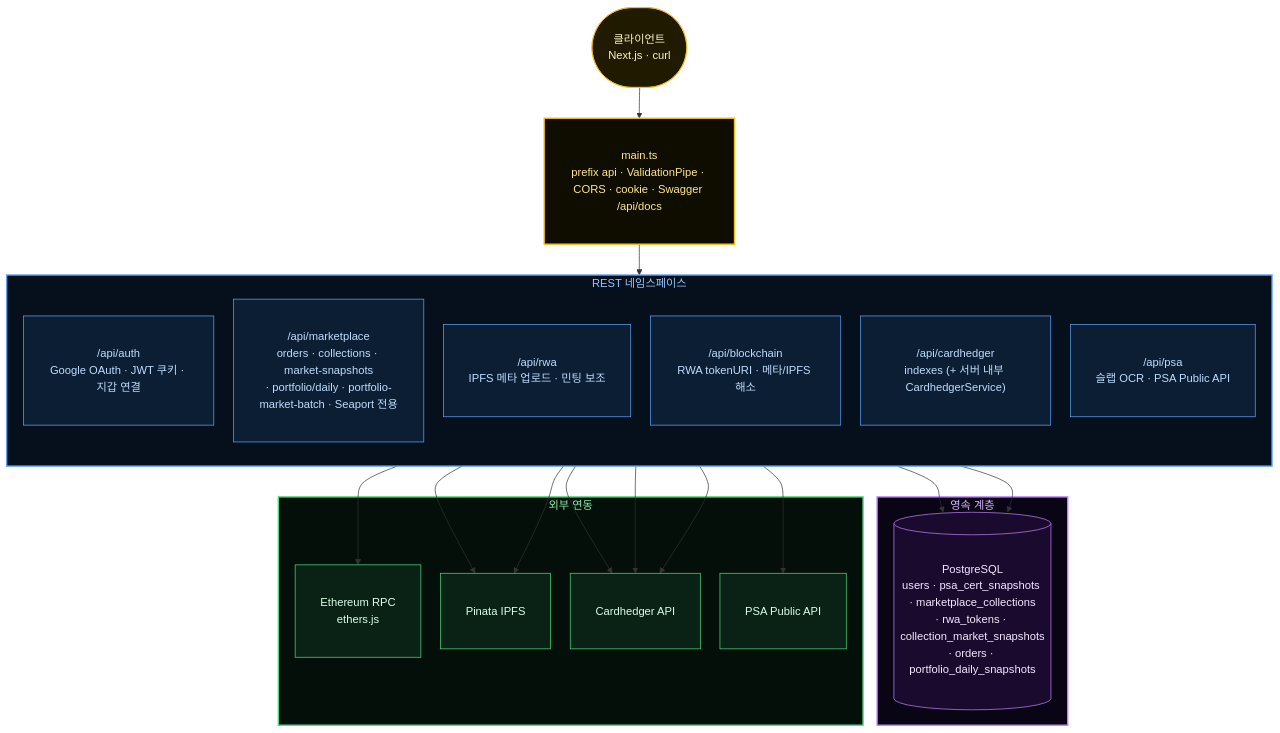
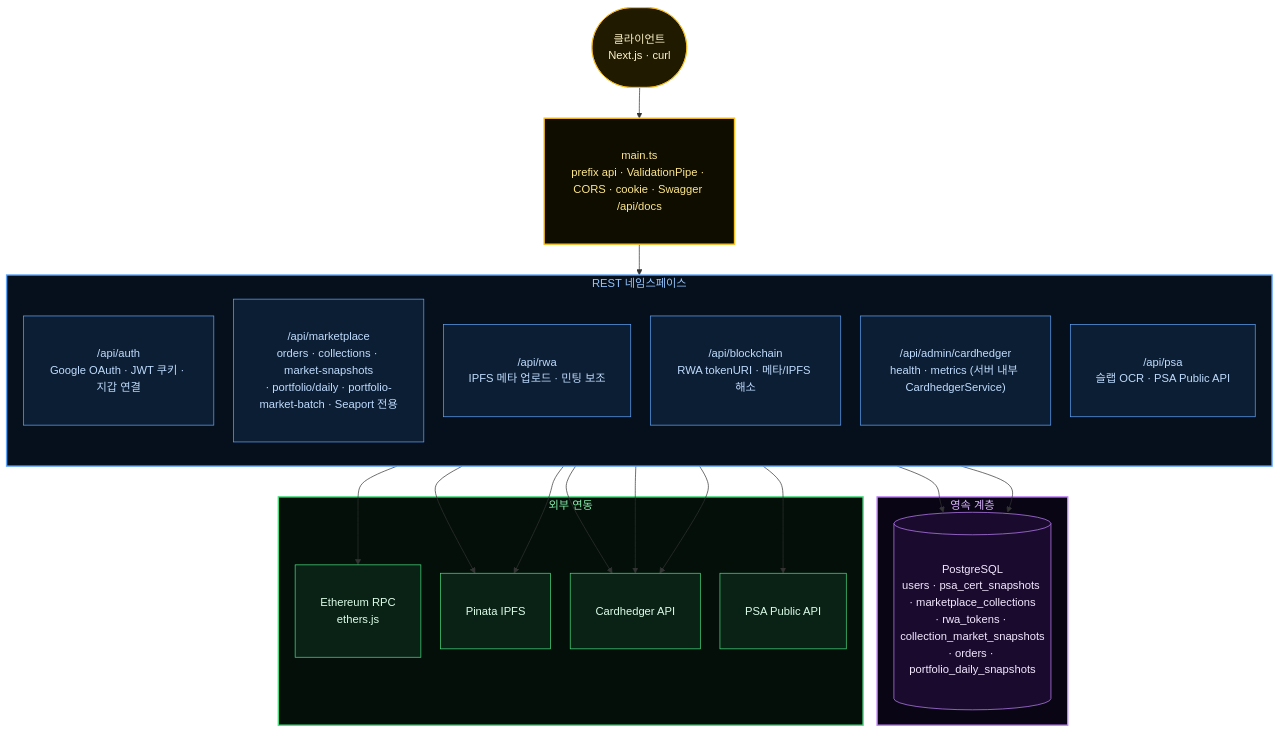
The ninth of 11 diagrams in docs/diagrams/marketplace-lifecycle.md (tokenable-dev/tokenable-dev), drawn with Mermaid before and after one commit. The commit also changed other lines of this file and 24 other files, not shown here.

````diff
--- a/docs/diagrams/marketplace-lifecycle.md
+++ b/docs/diagrams/marketplace-lifecycle.md
@@ -649,50 +649,50 @@
 ```mermaid
 %%{init: {'flowchart': {'rankSpacing': 44, 'nodeSpacing': 28, 'padding': 18}}}%%
 flowchart TD
     classDef entry fill:#1f1a00,stroke:#fbbf24,color:#fef3c7,padding:8px 14px
     classDef route fill:#0c1e33,stroke:#60a5fa,color:#bfdbfe,padding:8px 14px
     classDef data  fill:#1a0a2e,stroke:#c084fc,color:#f3e8ff,padding:8px 14px
     classDef ext   fill:#0a2215,stroke:#4ade80,color:#dcfce7,padding:8px 14px
 
     CLIENT(["클라이언트<br/>Next.js · curl"]):::entry
 
     GATE["main.ts<br/>prefix api · ValidationPipe · CORS · cookie · Swagger /api/docs"]:::entry
 
     subgraph REST ["REST 네임스페이스"]
         direction TB
         R_AUTH["/api/auth<br/>Google OAuth · JWT 쿠키 · 지갑 연결"]:::route
         R_MKT["/api/marketplace<br/>orders · collections · market-snapshots<br/>· portfolio/daily · portfolio-market-batch · Seaport 전용"]:::route
         R_RWA["/api/rwa<br/>IPFS 메타 업로드 · 민팅 보조"]:::route
         R_BC["/api/blockchain<br/>RWA tokenURI · 메타/IPFS 해소"]:::route
-        R_CH["/api/cardhedger<br/>indexes (+ 서버 내부 CardhedgerService)"]:::route
+        R_CH["/api/admin/cardhedger<br/>health · metrics (서버 내부 CardhedgerService)"]:::route
         R_PSA["/api/psa<br/>슬랩 OCR · PSA Public API"]:::route
     end
 
     subgraph PERSIST ["영속 계층"]
         PG[("PostgreSQL<br/>users · psa_cert_snapshots · marketplace_collections<br/>· rwa_tokens · collection_market_snapshots<br/>· orders · portfolio_daily_snapshots")]:::data
     end
 
     subgraph OUT ["외부 연동"]
         ETH["Ethereum RPC<br/>ethers.js"]:::ext
         PIN["Pinata IPFS"]:::ext
         CH["Cardhedger API"]:::ext
         PSAHTTP["PSA Public API"]:::ext
     end
 
     CLIENT --> GATE
     GATE --> REST
     R_MKT --> PG
     R_MKT --> CH
     R_AUTH --> PG
     R_RWA --> PIN
     R_BC --> ETH
     R_CH --> CH
     R_PSA --> PIN
     R_PSA --> CH
     R_PSA --> PSAHTTP
 
     style GATE fill:#0f0d00,stroke:#fbbf24,stroke-width:2px,color:#fde68a
     style REST fill:#060f1c,stroke:#60a5fa,stroke-width:2px,color:#93c5fd
     style PERSIST fill:#090514,stroke:#c084fc,stroke-width:2px,color:#d8b4fe
     style OUT fill:#030f08,stroke:#4ade80,stroke-width:2px,color:#86efac
 ```
````
